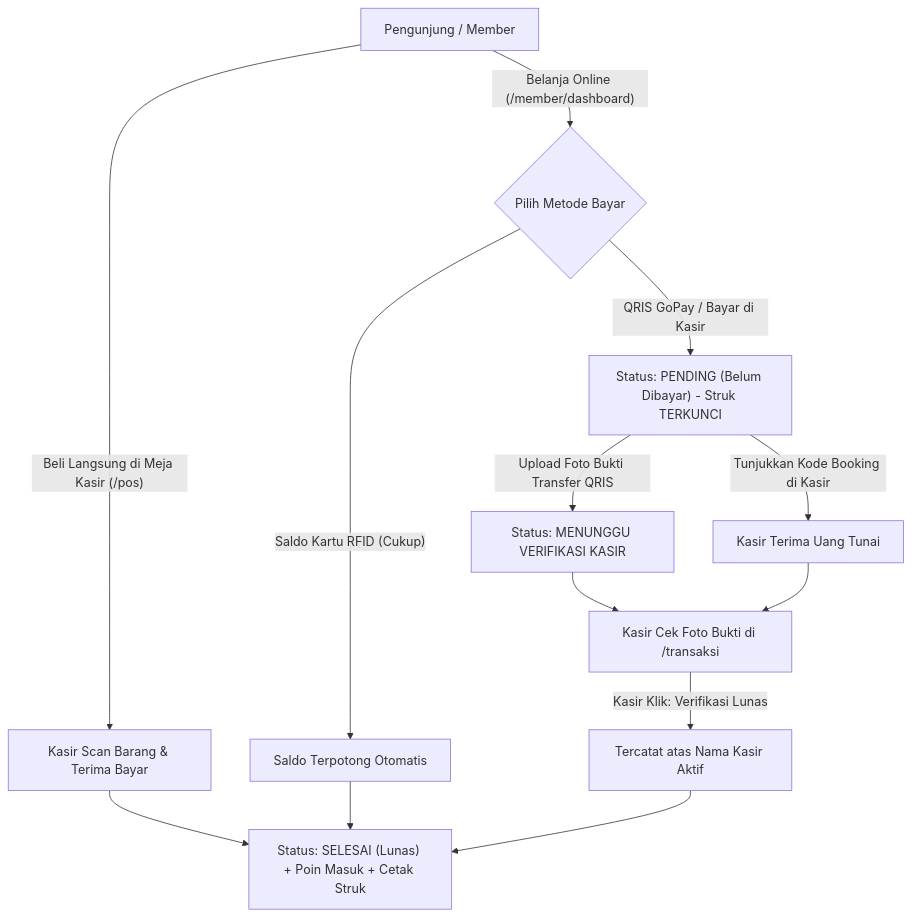
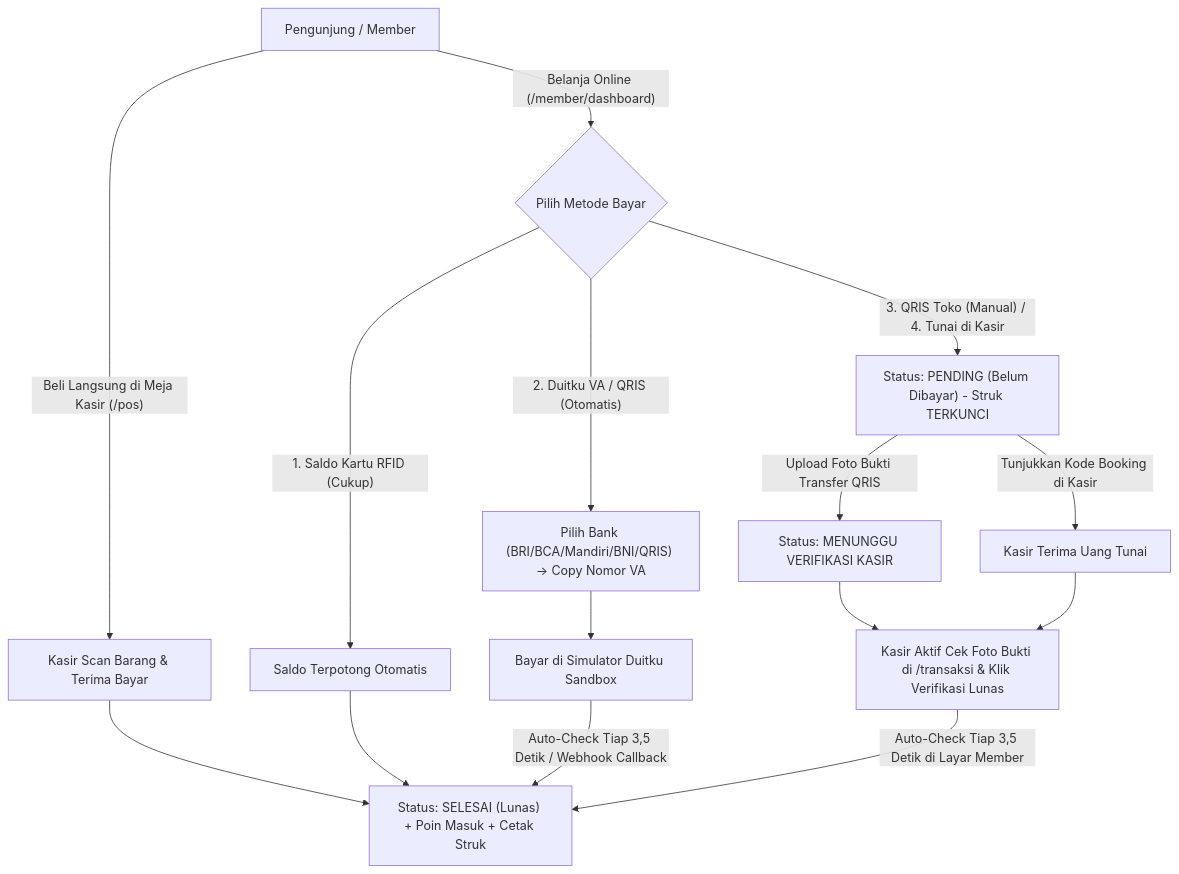
The diagram in README.md (YFM-CODE/toko), drawn with Mermaid before and after one commit. The commit also changed other lines of this file and 9 other files, not shown here.

Commit message:
menyelesaikan tugas pak faqih yaitu menambahkan fitur payment gateway memakai duitku dengan cara sandbox

````diff
--- a/README.md
+++ b/README.md
@@ -76,17 +80,20 @@
 ```mermaid
 flowchart TD
     A["Pengunjung / Member"] -->|"Beli Langsung di Meja Kasir (/pos)"| B["Kasir Scan Barang & Terima Bayar"]
     B --> C["Status: SELESAI (Lunas) + Poin Masuk + Cetak Struk"]
 
     A -->|"Belanja Online (/member/dashboard)"| D{"Pilih Metode Bayar"}
-    D -->|"Saldo Kartu RFID (Cukup)"| E["Saldo Terpotong Otomatis"]
+    D -->|"1. Saldo Kartu RFID (Cukup)"| E["Saldo Terpotong Otomatis"]
     E --> C
 
-    D -->|"QRIS GoPay / Bayar di Kasir"| F["Status: PENDING (Belum Dibayar) - Struk TERKUNCI"]
-    F -->|"Upload Foto Bukti Transfer QRIS"| G["Status: MENUNGGU VERIFIKASI KASIR"]
-    F -->|"Tunjukkan Kode Booking di Kasir"| H["Kasir Terima Uang Tunai"]
-    G --> I["Kasir Cek Foto Bukti di /transaksi"]
-    H --> I
-    I -->|"Kasir Klik: Verifikasi Lunas"| J["Tercatat atas Nama Kasir Aktif"]
-    J --> C
+    D -->|"2. Duitku VA / QRIS (Otomatis)"| F["Pilih Bank (BRI/BCA/Mandiri/BNI/QRIS) -> Copy Nomor VA"]
+    F --> G["Bayar di Simulator Duitku Sandbox"]
+    G -->|"Auto-Check Tiap 3,5 Detik / Webhook Callback"| C
+
+    D -->|"3. QRIS Toko (Manual) / 4. Tunai di Kasir"| H["Status: PENDING (Belum Dibayar) - Struk TERKUNCI"]
+    H -->|"Upload Foto Bukti Transfer QRIS"| I["Status: MENUNGGU VERIFIKASI KASIR"]
+    H -->|"Tunjukkan Kode Booking di Kasir"| J["Kasir Terima Uang Tunai"]
+    I --> K["Kasir Aktif Cek Foto Bukti di /transaksi & Klik Verifikasi Lunas"]
+    J --> K
+    K -->|"Auto-Check Tiap 3,5 Detik di Layar Member"| C
 ```
````
